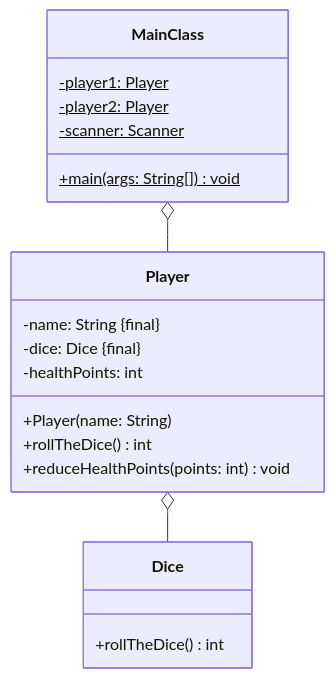
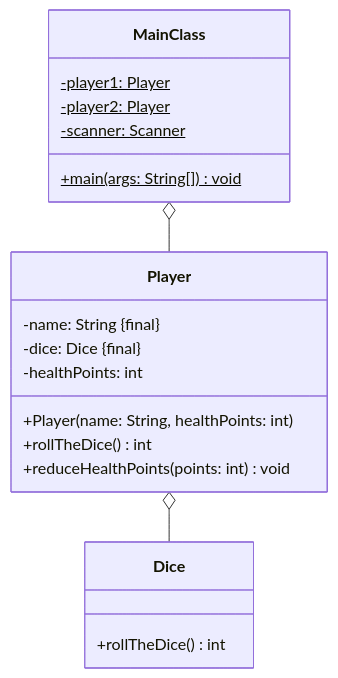
The diagram in docs/exam-exercises/exam-exercises-java1/dice-games/dice-game-03.md (jappuccini/java-docs), drawn with Mermaid before and after one commit. The commit also changed other lines of this file and 2 other files, not shown here.

Commit message:
Fix Descriptions and Mermaids (#374)

````diff
--- a/docs/exam-exercises/exam-exercises-java1/dice-games/dice-game-03.md
+++ b/docs/exam-exercises/exam-exercises-java1/dice-games/dice-game-03.md
@@ -12,22 +12,22 @@
 ```mermaid
 classDiagram
    MainClass o-- Player
    Player o-- Dice
    class MainClass {
       -player1: Player$
       -player2: Player$
       -scanner: Scanner$
       +main(args: String[]) void$
    }
    class Player {
       -name: String #123;final#125;
       -dice: Dice #123;final#125;
       -healthPoints: int
-      +Player(name: String)
+      +Player(name: String, healthPoints: int)
       +rollTheDice() int
       +reduceHealthPoints(points: int) void
    }
    class Dice {
       +rollTheDice() int
    }
 ```
````
